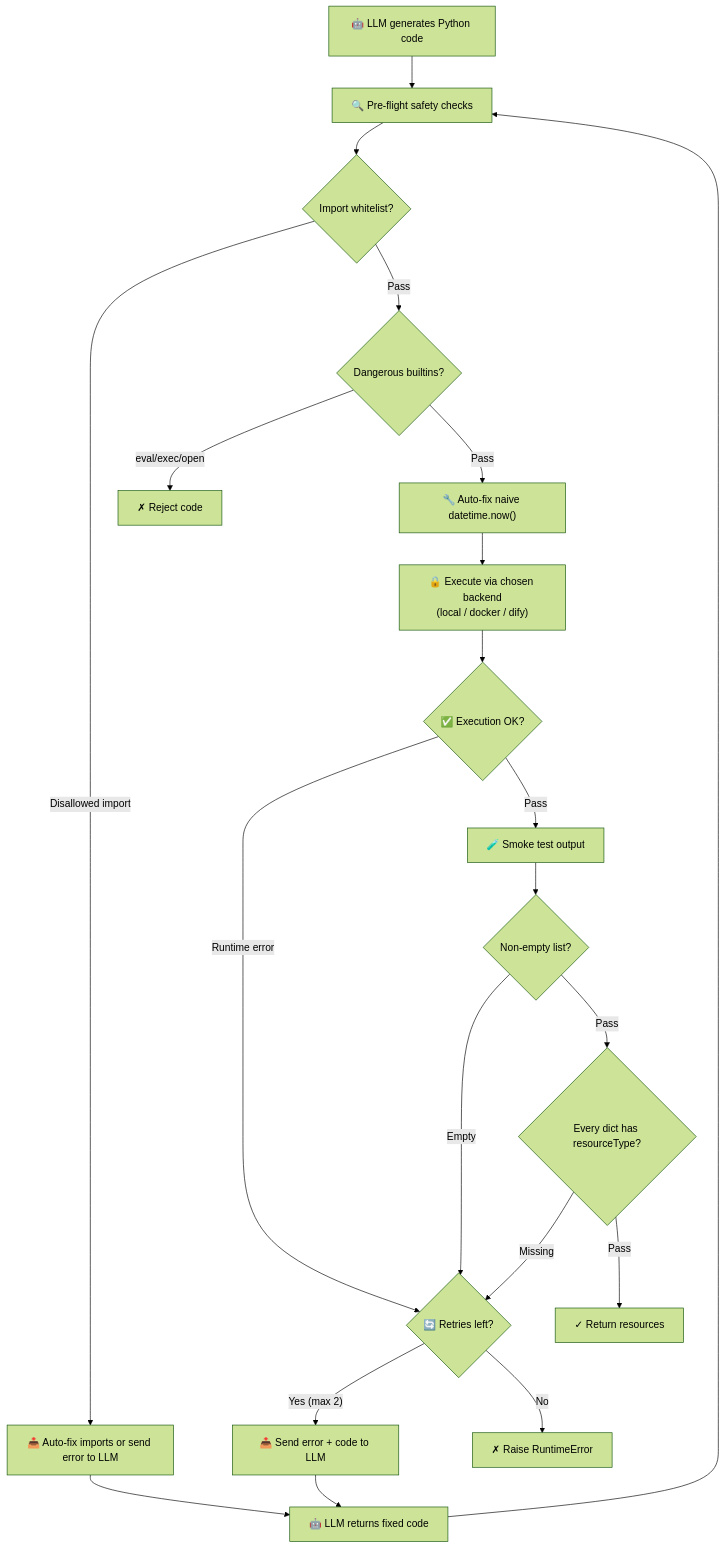
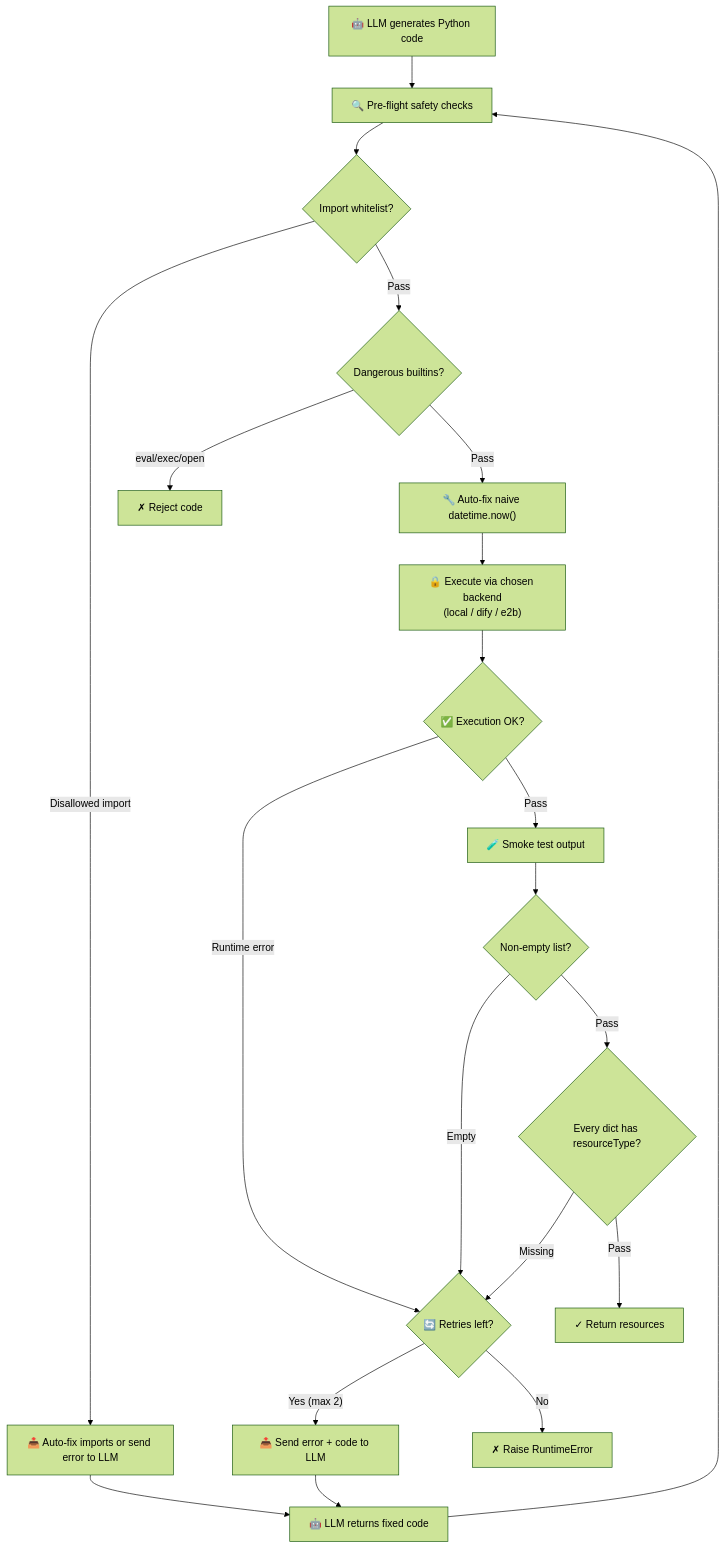
Before and after one commit to alvinhenrick/fhir-synth: the third of 3 diagrams in docs/architecture.md, drawn with Mermaid (forest theme). The commit also changed other lines of this file and 15 other files, not shown here.

````diff
--- a/docs/architecture.md
+++ b/docs/architecture.md
@@ -120,25 +120,25 @@
 ```mermaid
 flowchart TD
     A["🤖 LLM generates Python code"] --> B["🔍 Pre-flight safety checks"]
     B --> B1{"Import whitelist?"}
     B1 -->|"Disallowed import"| FIX["📤 Auto-fix imports or send error to LLM"]
     B1 -->|Pass| B2{"Dangerous builtins?"}
     B2 -->|"eval/exec/open"| REJECT["✗ Reject code"]
     B2 -->|Pass| B3["🔧 Auto-fix naive datetime.now()"]
-    B3 --> C["🔒 Execute via chosen backend<br/>(local / docker / dify)"]
+    B3 --> C["🔒 Execute via chosen backend<br/>(local / dify / e2b)"]
     C --> D{"✅ Execution OK?"}
     D -->|"Runtime error"| RETRY
     D -->|Pass| E["🧪 Smoke test output"]
     E --> E1{"Non-empty list?"}
     E1 -->|Empty| RETRY
     E1 -->|Pass| E2{"Every dict has resourceType?"}
     E2 -->|Missing| RETRY
     E2 -->|Pass| F["✓ Return resources"]
 
     RETRY{"🔄 Retries left?"}
     RETRY -->|"Yes (max 2)"| FIX2["📤 Send error + code to LLM"]
     RETRY -->|No| H["✗ Raise RuntimeError"]
     FIX2 --> G["🤖 LLM returns fixed code"]
     FIX --> G
     G --> B
 ```
````
